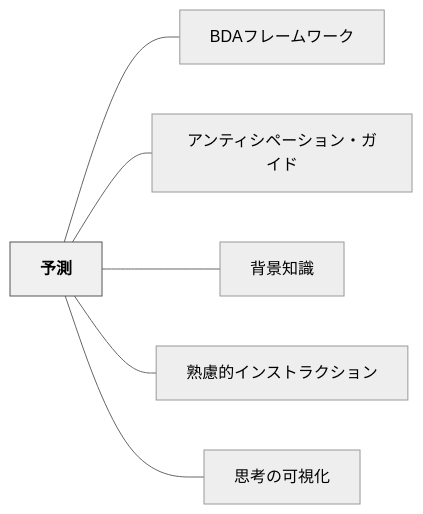
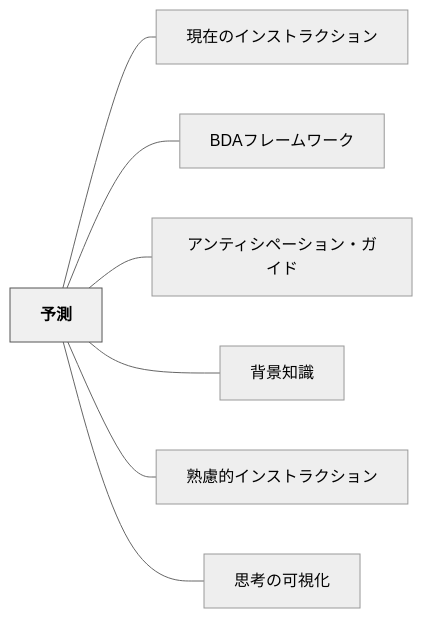
One commit to unknownthings-ed-patterns/unknownthings-ed-patterns changed the diagram in content/パタン/予測.md. Above: the diagram before and after it, drawn with Mermaid (neutral theme). The commit also changed other lines of this file and 473 other files, not shown here.

````diff
--- a/content/パタン/予測.md
+++ b/content/パタン/予測.md
@@ -66,18 +67,20 @@
 ```mermaid
 flowchart LR
     ne4ba88e6b8ac["予測"]
+    ne78fbee59ca8["現在のインストラクション"]
     n424441e38395["BDAフレームワーク"]
     ne382a2e383b3["アンティシペーション・ガイド"]
     ne8838ce699af["背景知識"]
     ne7869fe685ae["熟慮的インストラクション"]
     ne6809de88083["思考の可視化"]
 
+    ne4ba88e6b8ac --- ne78fbee59ca8
     ne4ba88e6b8ac --- n424441e38395
     ne4ba88e6b8ac --- ne382a2e383b3
     ne4ba88e6b8ac --- ne8838ce699af
     ne4ba88e6b8ac --- ne7869fe685ae
     ne4ba88e6b8ac --- ne6809de88083
 
     classDef hub fill:#f0f0f0,stroke:#555,color:#000,font-weight:bold
     class ne4ba88e6b8ac hub
 ```
````
